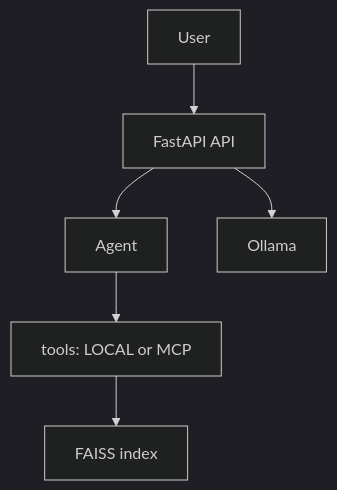
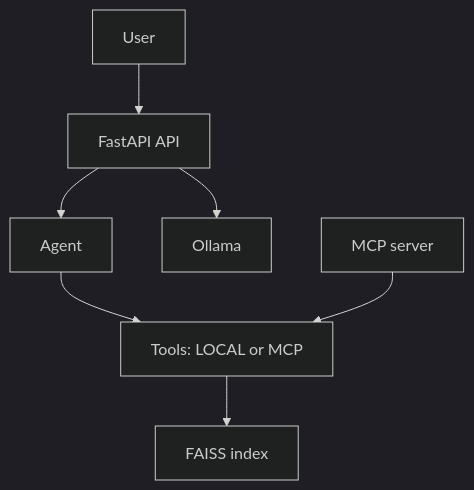
Before and after one commit to Ivan-Tsarikov/llm-rag-agent-pet: the diagram in README.md, drawn with Mermaid (dark theme). The commit also changed other lines of this file and 1 other file, not shown here.

````diff
--- a/README.md
+++ b/README.md
@@ -42,8 +20,9 @@
 ```mermaid
 graph TD
   U[User] --> API[FastAPI API]
   API --> Agent[Agent]
-  Agent --> Tools[tools: LOCAL or MCP]
+  Agent --> Tools[Tools: LOCAL or MCP]
   Tools --> Index[FAISS index]
   API --> Ollama[Ollama]
+  MCP[MCP server] --> Tools
 ```
````
